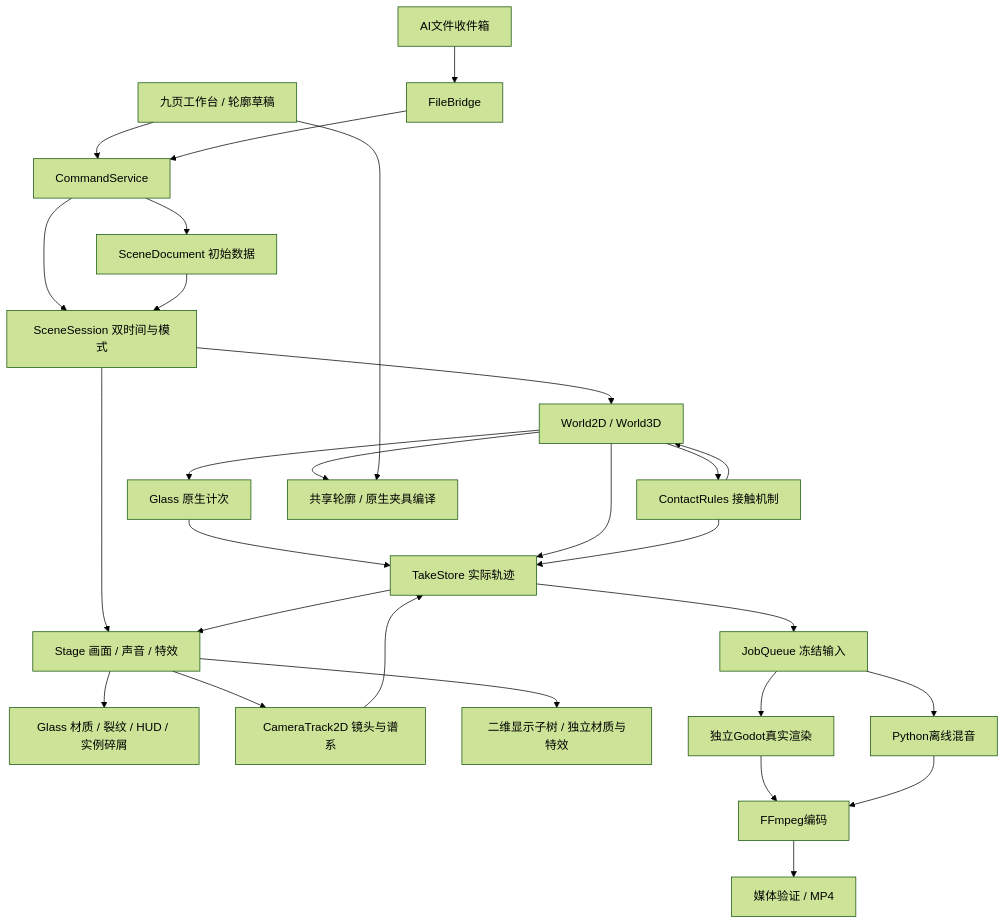
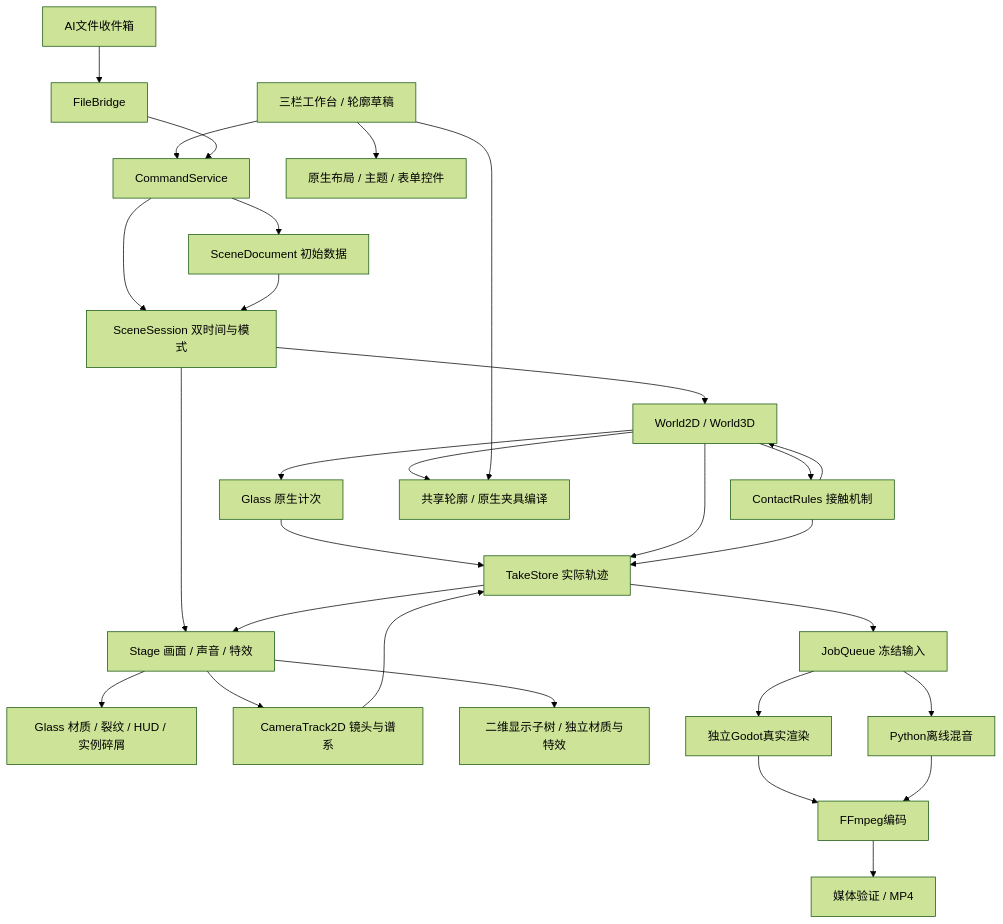
The diagram in FILE_INDEX.md (ELPSYKONGR/GodotWorkspace), drawn with Mermaid (forest theme) before and after one commit. The commit also changed other lines of this file and 60 other files, not shown here.

````diff
--- a/FILE_INDEX.md
+++ b/FILE_INDEX.md
@@ -174,30 +179,31 @@
 ```mermaid
 flowchart TD
-  UI[九页工作台 / 轮廓草稿] --> CMD[CommandService]
+  UI[三栏工作台 / 轮廓草稿] --> CMD[CommandService]
+  UI --> Shell[原生布局 / 主题 / 表单控件]
   AI[AI文件收件箱] --> Bridge[FileBridge]
   Bridge --> CMD
   CMD --> Doc[SceneDocument 初始数据]
   CMD --> Session[SceneSession 双时间与模式]
   Doc --> Session
   Session --> World[World2D / World3D]
   World --> GlassDamage[Glass 原生计次]
   GlassDamage --> Take
   Stage --> GlassView[Glass 材质 / 裂纹 / HUD / 实例碎屑]
   World --> Rules[ContactRules 接触机制]
   Rules --> World
   World --> Take[TakeStore 实际轨迹]
   Rules --> Take
   Session --> Stage[Stage 画面 / 声音 / 特效]
   Stage --> Camera[CameraTrack2D 镜头与谱系]
   Camera --> Take
   Stage --> Visuals[二维显示子树 / 独立材质与特效]
   World --> Geometry[共享轮廓 / 原生夹具编译]
   UI --> Geometry
   Take --> Stage
   Take --> Job[JobQueue 冻结输入]
   Job --> Renderer[独立Godot真实渲染]
   Job --> Mix[Python离线混音]
   Renderer --> Encode[FFmpeg编码]
   Mix --> Encode
   Encode --> Check[媒体验证 / MP4]
 ```
````
